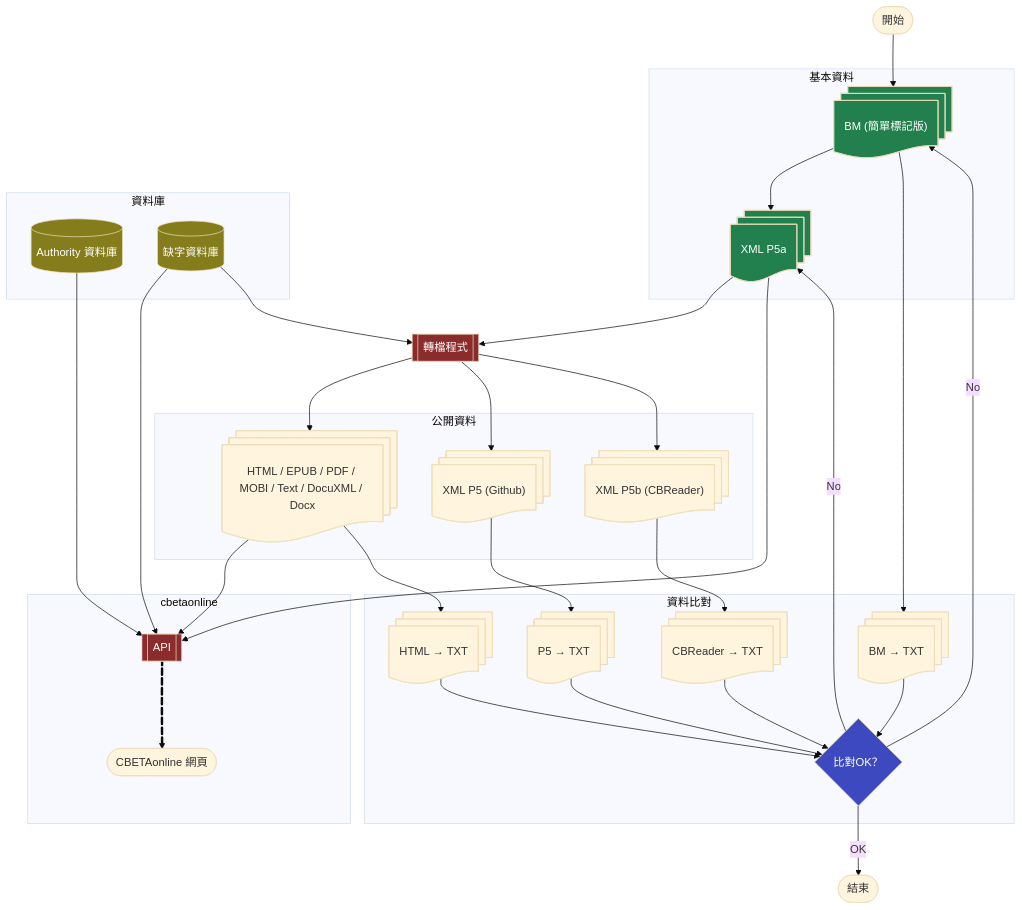
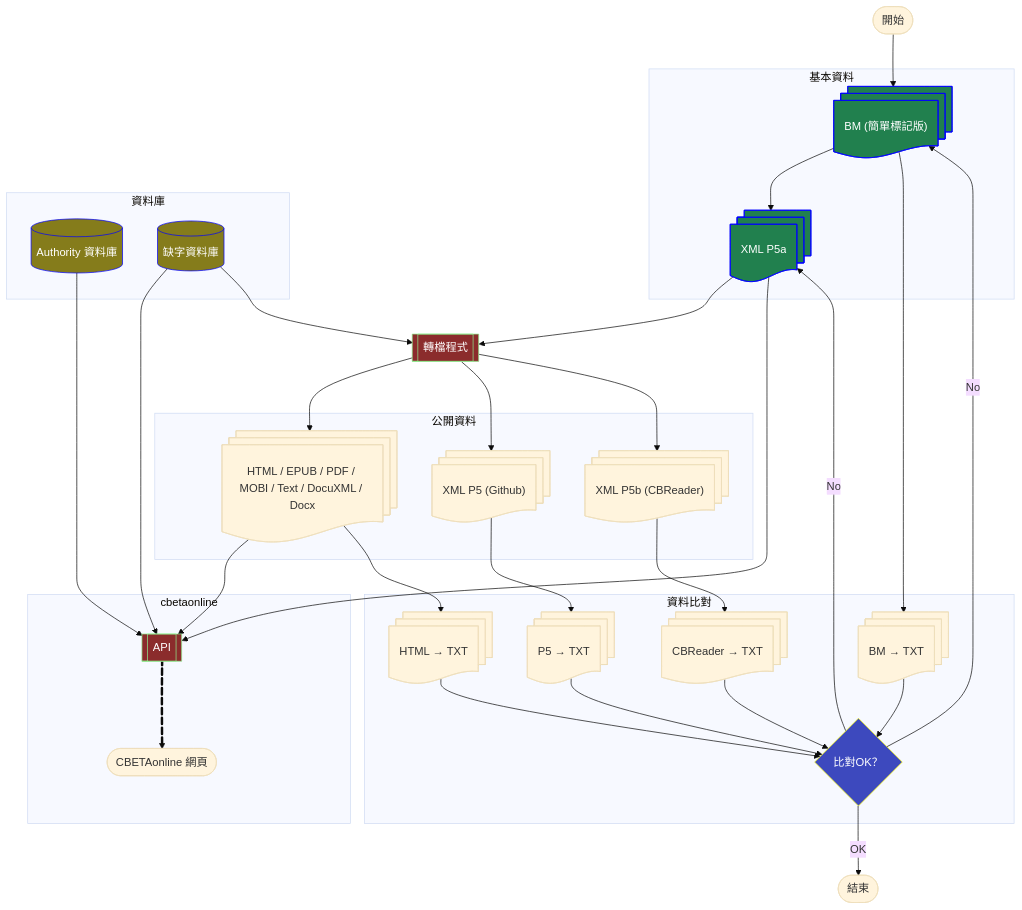
One commit to DILA-edu/cbeta-documentation changed the diagram in README.md. Above: the diagram before and after it, drawn with Mermaid (base theme).

````diff
--- a/README.md
+++ b/README.md
@@ -10,67 +10,67 @@
 ```mermaid
 flowchart TD
 
   Start(["開始"])
 
   subgraph 基本資料
     BM:::green@{ shape: docs, label: "BM (簡單標記版)"}
     XMLP5a:::green@{ shape: docs, label: "XML P5a"}
-    classDef green fill:#21804e, color:white
+    classDef green fill:#21804e, color:white, stroke: blue
   end
 
   subgraph 資料庫
     Authority[("Authority 資料庫")]:::yellow
     Missing[("缺字資料庫")]:::yellow
-    classDef yellow fill:#857c1b, color:white
+    classDef yellow fill:#857c1b, color:white, stroke: blue
   end
 
   Transform[["轉檔程式"]]:::red
-  classDef red fill:#8b2c2c, color:white
+  classDef red fill:#8b2c2c, color:white, stroke: lightgreen
 
   subgraph 公開資料
     Output@{ shape: docs, label: "HTML / EPUB / PDF / MOBI / Text / DocuXML / Docx"}
     XMLP5@{ shape: docs, label: "XML P5 (Github)"}
     XMLP5b@{ shape: docs, label: "XML P5b (CBReader)"}
   end
 
   subgraph 資料比對
     HTMLText@{ shape: docs, label: "HTML → TXT"}
     BMText@{ shape: docs, label: "BM → TXT"}
     P5Text@{ shape: docs, label: "P5 → TXT"}
     CBRText@{ shape: docs, label: "CBReader → TXT"}
     Compare{"比對OK？"}:::blue
-    classDef blue fill:#3d49be, color:white
+    classDef blue fill:#3d49be, color:white, stroke: yellow
   end
 
   subgraph cbetaonline
     API[["API"]]:::red
     Online(["CBETAonline 網頁"])
   end
 
   END(["結束"])
 
   %% === 資料流程 ===
   Start --> BM --> XMLP5a
 
   XMLP5a --> Transform
   XMLP5a --> API
   Missing --> API
   Missing --> Transform
   Authority --> API
 
   Transform --> Output
   Transform --> XMLP5
   Transform --> XMLP5b
 
   Output --> API e1@==> Online
   e1@{ animate: true }
   
   BM --> BMText --> Compare
   XMLP5 --> P5Text --> Compare
   Output --> HTMLText --> Compare
   XMLP5b --> CBRText --> Compare
   
   Compare -- No --> BM
   Compare -- No --> XMLP5a
   Compare -- OK --> END
 ```
````
